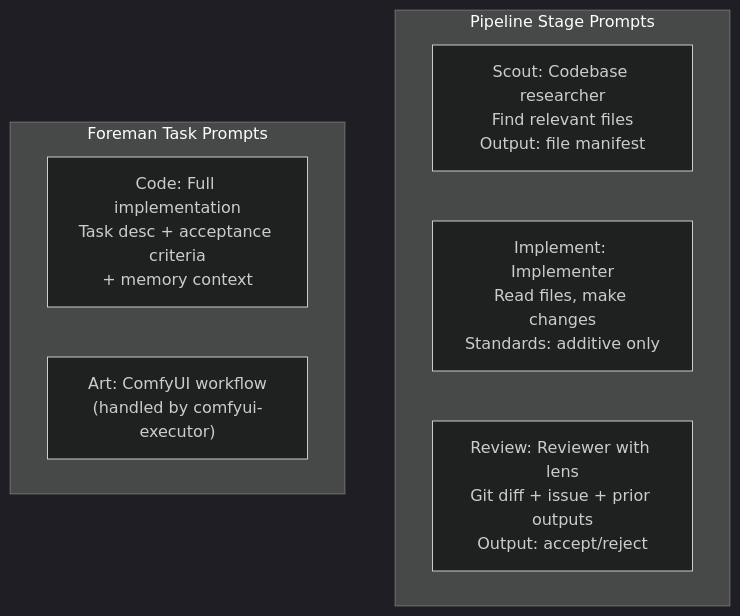
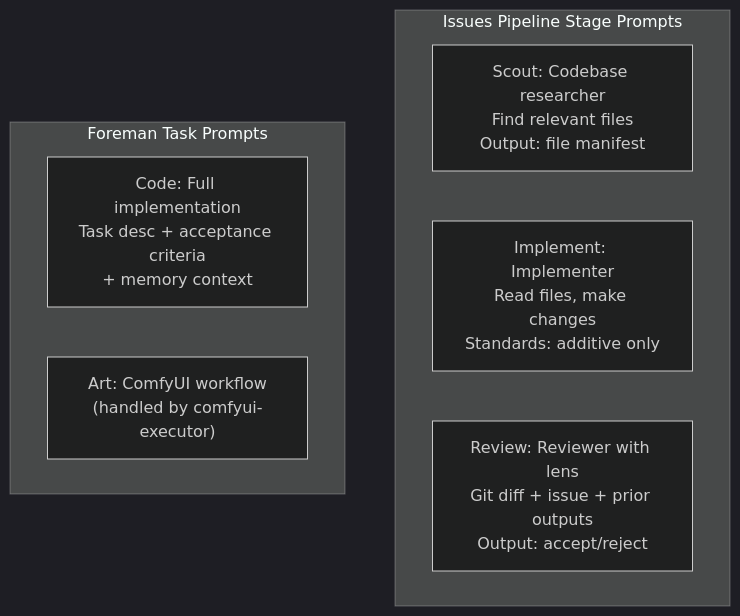
One commit to reffdev/auto-swe changed the fourth of 7 diagrams in docs/architecture/08-agent-harness.md. Above: the diagram before and after it, drawn with Mermaid (dark theme). The commit also changed other lines of this file and 15 other files, not shown here.

````diff
--- a/docs/architecture/08-agent-harness.md
+++ b/docs/architecture/08-agent-harness.md
@@ -169,13 +169,13 @@
 ```mermaid
 graph TD
-    subgraph PipelinePrompts["Pipeline Stage Prompts"]
+    subgraph PipelinePrompts["Issues Pipeline Stage Prompts"]
         SP["Scout: Codebase researcher\nFind relevant files\nOutput: file manifest"]
         IP["Implement: Implementer\nRead files, make changes\nStandards: additive only"]
         RP["Review: Reviewer with lens\nGit diff + issue + prior outputs\nOutput: accept/reject"]
     end
 
     subgraph ForemanPrompts["Foreman Task Prompts"]
         CP["Code: Full implementation\nTask desc + acceptance criteria\n+ memory context"]
         AP["Art: ComfyUI workflow\n(handled by comfyui-executor)"]
     end
 ```
````
